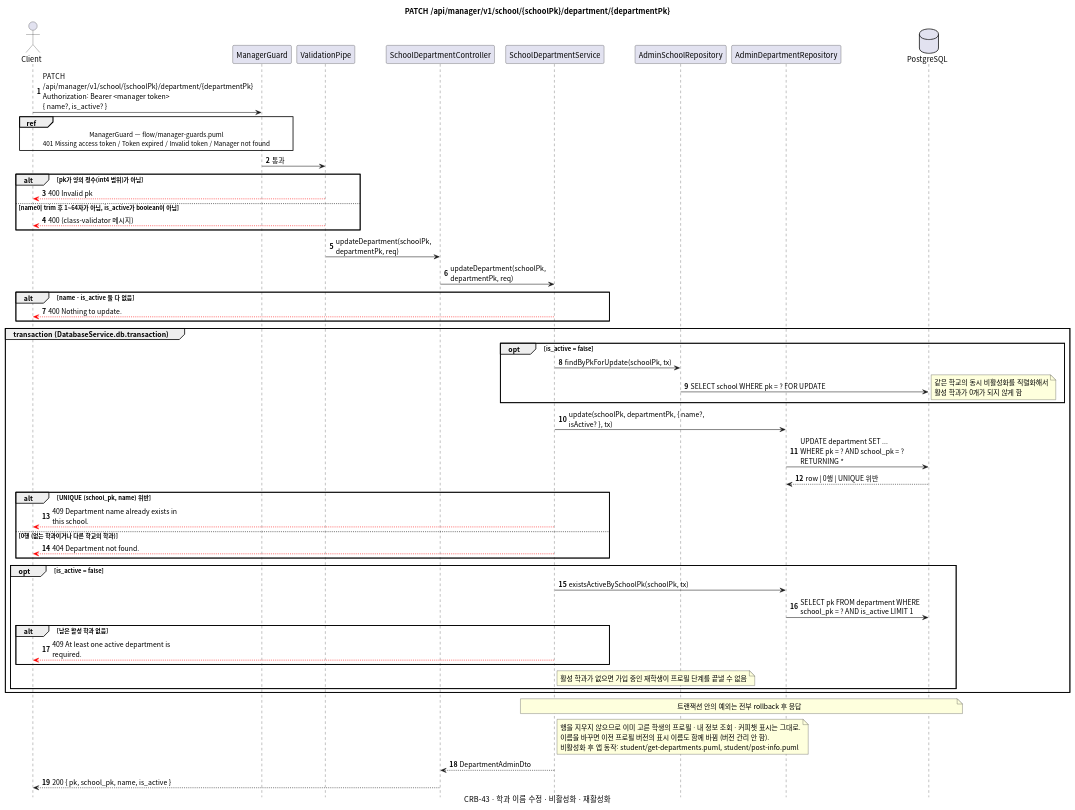
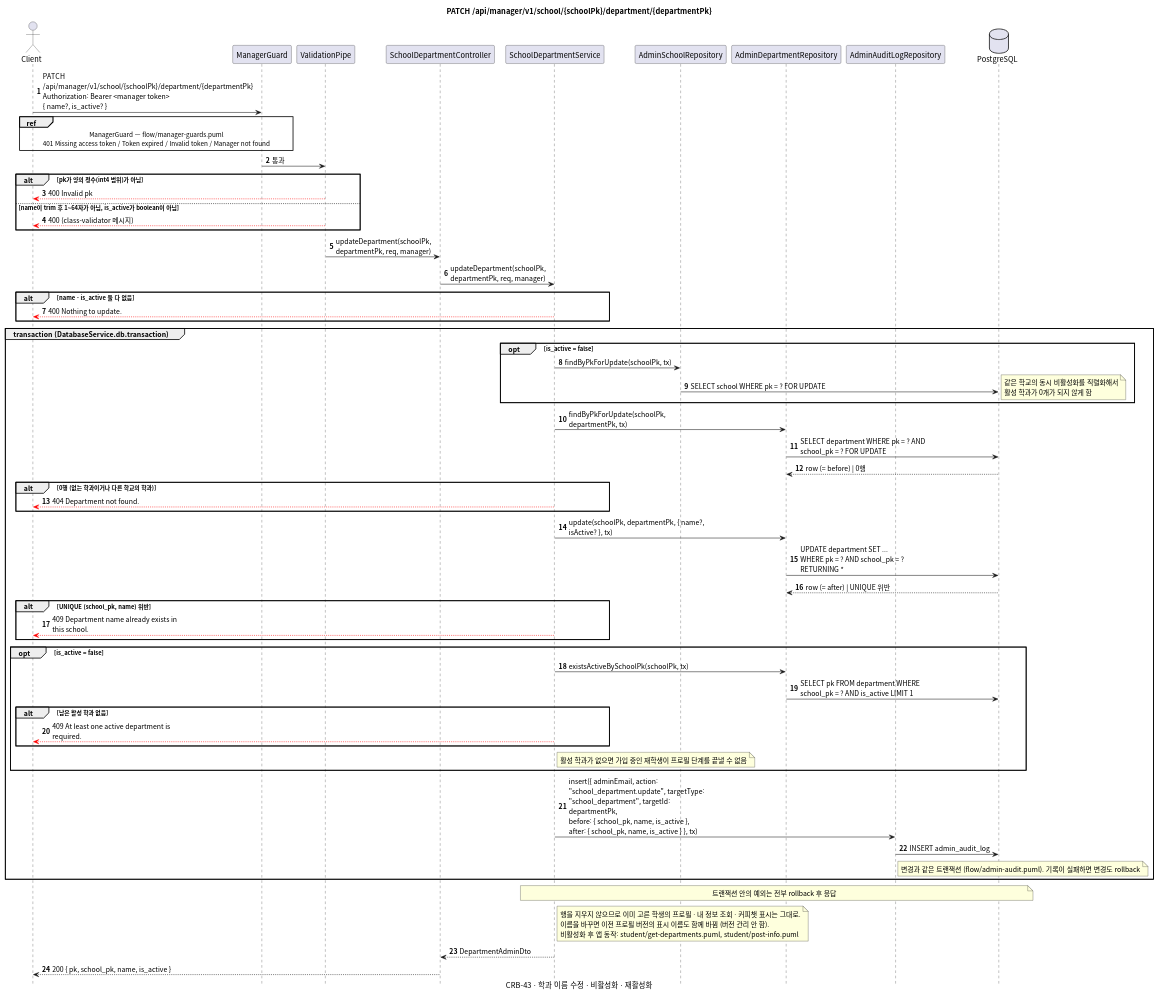
Before and after one commit to gsainfoteam/cheers-be: the diagram in docs/sequence/manager/patch-school-pk-department-pk.puml, drawn with PlantUML. The commit also changed 88 other files, not shown here.

Commit message:
- feat: 어드민 변경 감사 로그(admin_audit_log, 변경 전·후 값)와 접근 로그 · 감사 로그 조회 API

```diff
--- a/docs/sequence/manager/patch-school-pk-department-pk.puml
+++ b/docs/sequence/manager/patch-school-pk-department-pk.puml
@@ -1,68 +1,76 @@
 @startuml patch-manager-school-pk-department-pk
 skinparam defaultFontName "Apple SD Gothic Neo", "Noto Sans CJK KR", sans-serif
 skinparam responseMessageBelowArrow true
 skinparam sequenceMessageAlign left
 skinparam maxMessageSize 260
 skinparam BoxPadding 8
 skinparam shadowing false
 autonumber
 hide footbox
 
 title PATCH /api/manager/v1/school/{schoolPk}/department/{departmentPk}
 caption CRB-43 · 학과 이름 수정 · 비활성화 · 재활성화
 
 actor Client
 participant "ManagerGuard" as Guard
 participant "ValidationPipe" as Pipe
 participant "SchoolDepartmentController" as Controller
 participant "SchoolDepartmentService" as Service
 participant "AdminSchoolRepository" as SchoolRepository
 participant "AdminDepartmentRepository" as DepartmentRepository
+participant "AdminAuditLogRepository" as AdminAuditLogRepository
 database PostgreSQL
 
 Client -> Guard: PATCH /api/manager/v1/school/{schoolPk}/department/{departmentPk}\nAuthorization: Bearer <manager token>\n{ name?, is_active? }
 ref over Client, Guard: ManagerGuard — flow/manager-guards.puml\n401 Missing access token / Token expired / Invalid token / Manager not found
 Guard -> Pipe: 통과
 alt pk가 양의 정수(int4 범위)가 아님
   Pipe -[#red]-> Client: 400 Invalid pk
 else name이 trim 후 1~64자가 아님, is_active가 boolean이 아님
   Pipe -[#red]-> Client: 400 (class-validator 메시지)
 end
-Pipe -> Controller: updateDepartment(schoolPk, departmentPk, req)
-Controller -> Service: updateDepartment(schoolPk, departmentPk, req)
+Pipe -> Controller: updateDepartment(schoolPk, departmentPk, req, manager)
+Controller -> Service: updateDepartment(schoolPk, departmentPk, req, manager)
 alt name · is_active 둘 다 없음
   Service -[#red]-> Client: 400 Nothing to update.
 end
 group transaction (DatabaseService.db.transaction)
   opt is_active = false
     Service -> SchoolRepository: findByPkForUpdate(schoolPk, tx)
     SchoolRepository -> PostgreSQL: SELECT school WHERE pk = ? FOR UPDATE
     note right: 같은 학교의 동시 비활성화를 직렬화해서\n활성 학과가 0개가 되지 않게 함
   end
+  Service -> DepartmentRepository: findByPkForUpdate(schoolPk, departmentPk, tx)
+  DepartmentRepository -> PostgreSQL: SELECT department WHERE pk = ? AND school_pk = ? FOR UPDATE
+  PostgreSQL --> DepartmentRepository: row (= before) | 0행
+  alt 0행 (없는 학과이거나 다른 학교의 학과)
+    Service -[#red]-> Client: 404 Department not found.
+  end
   Service -> DepartmentRepository: update(schoolPk, departmentPk, { name?, isActive? }, tx)
   DepartmentRepository -> PostgreSQL: UPDATE department SET ...\nWHERE pk = ? AND school_pk = ? RETURNING *
-  PostgreSQL --> DepartmentRepository: row | 0행 | UNIQUE 위반
+  PostgreSQL --> DepartmentRepository: row (= after) | UNIQUE 위반
   alt UNIQUE (school_pk, name) 위반
     Service -[#red]-> Client: 409 Department name already exists in this school.
-  else 0행 (없는 학과이거나 다른 학교의 학과)
-    Service -[#red]-> Client: 404 Department not found.
   end
   opt is_active = false
     Service -> DepartmentRepository: existsActiveBySchoolPk(schoolPk, tx)
     DepartmentRepository -> PostgreSQL: SELECT pk FROM department WHERE school_pk = ? AND is_active LIMIT 1
     alt 남은 활성 학과 없음
       Service -[#red]-> Client: 409 At least one active department is required.
     end
     note right of Service: 활성 학과가 없으면 가입 중인 재학생이 프로필 단계를 끝낼 수 없음
   end
+  Service -> AdminAuditLogRepository: insert({ adminEmail, action: "school_department.update", targetType: "school_department", targetId: departmentPk,\nbefore: { school_pk, name, is_active }, after: { school_pk, name, is_active } }, tx)
+  AdminAuditLogRepository -> PostgreSQL: INSERT admin_audit_log
+  note right of AdminAuditLogRepository: 변경과 같은 트랜잭션 (flow/admin-audit.puml). 기록이 실패하면 변경도 rollback
 end
 note over Service, PostgreSQL: 트랜잭션 안의 예외는 전부 rollback 후 응답
 note right of Service
   행을 지우지 않으므로 이미 고른 학생의 프로필 · 내 정보 조회 · 커피챗 표시는 그대로.
   이름을 바꾸면 이전 프로필 버전의 표시 이름도 함께 바뀜 (버전 관리 안 함).
   비활성화 후 앱 동작: student/get-departments.puml, student/post-info.puml
 end note
 Service --> Controller: DepartmentAdminDto
 Controller --> Client: 200 { pk, school_pk, name, is_active }
 
 @enduml
```
